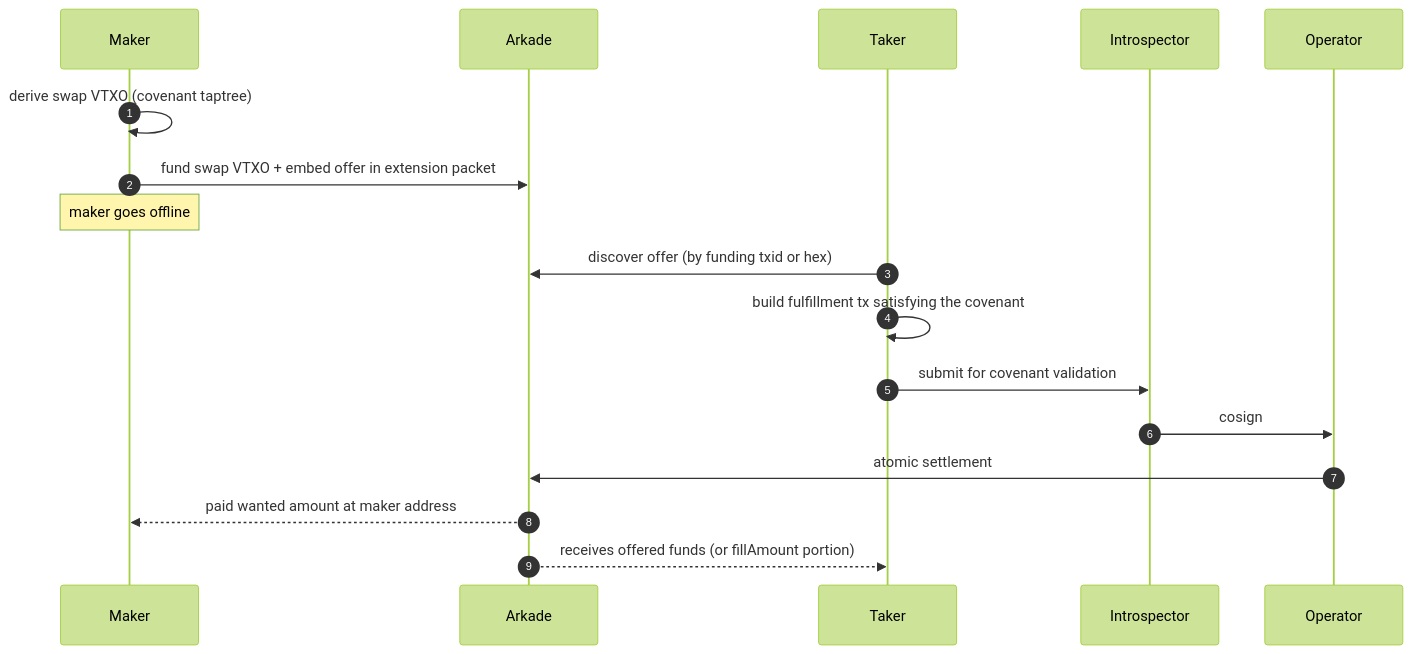
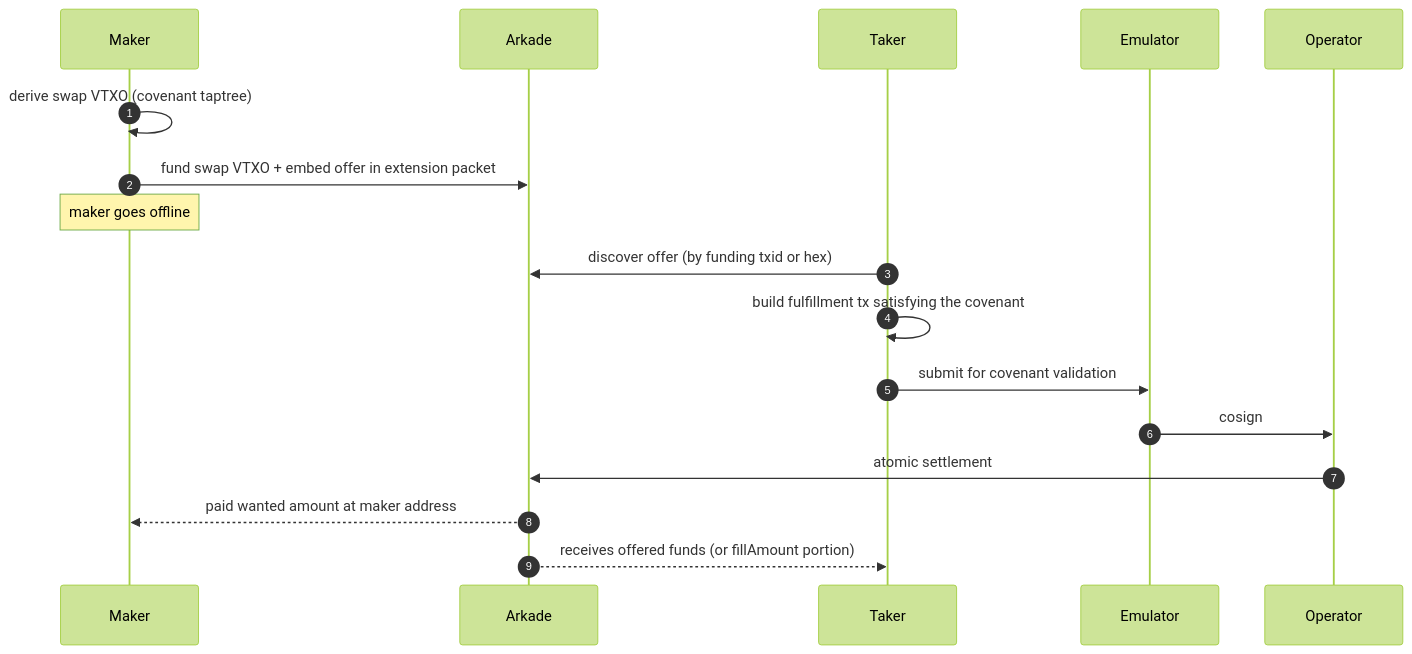
The diagram in README.md (arkade-os/banco), drawn with Mermaid (forest theme) before and after one commit. The commit also changed other lines of this file, not shown here.

First line of the commit message:
docs: rename Introspector role to Emulator

````diff
--- a/README.md
+++ b/README.md
@@ -36,20 +40,20 @@
 ```mermaid
 sequenceDiagram
     autonumber
     participant M as Maker
     participant N as Arkade
     participant T as Taker
-    participant I as Introspector
+    participant I as Emulator
     participant O as Operator
 
     M->>M: derive swap VTXO (covenant taptree)
     M->>N: fund swap VTXO + embed offer in extension packet
     Note over M: maker goes offline
     T->>N: discover offer (by funding txid or hex)
     T->>T: build fulfillment tx satisfying the covenant
     T->>I: submit for covenant validation
     I->>O: cosign
     O->>N: atomic settlement
     N-->>M: paid wanted amount at maker address
     N-->>T: receives offered funds (or fillAmount portion)
 ```
````
